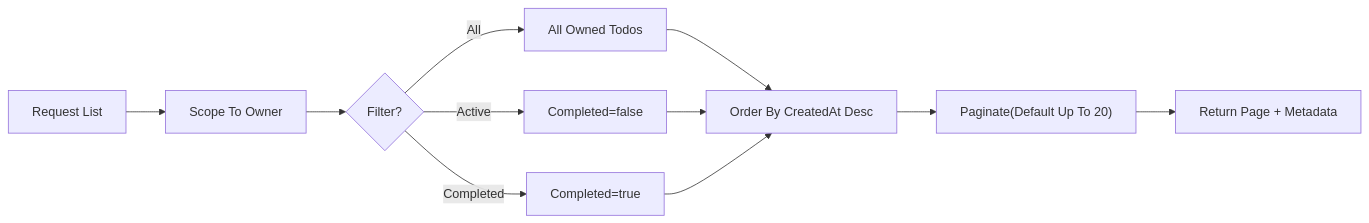
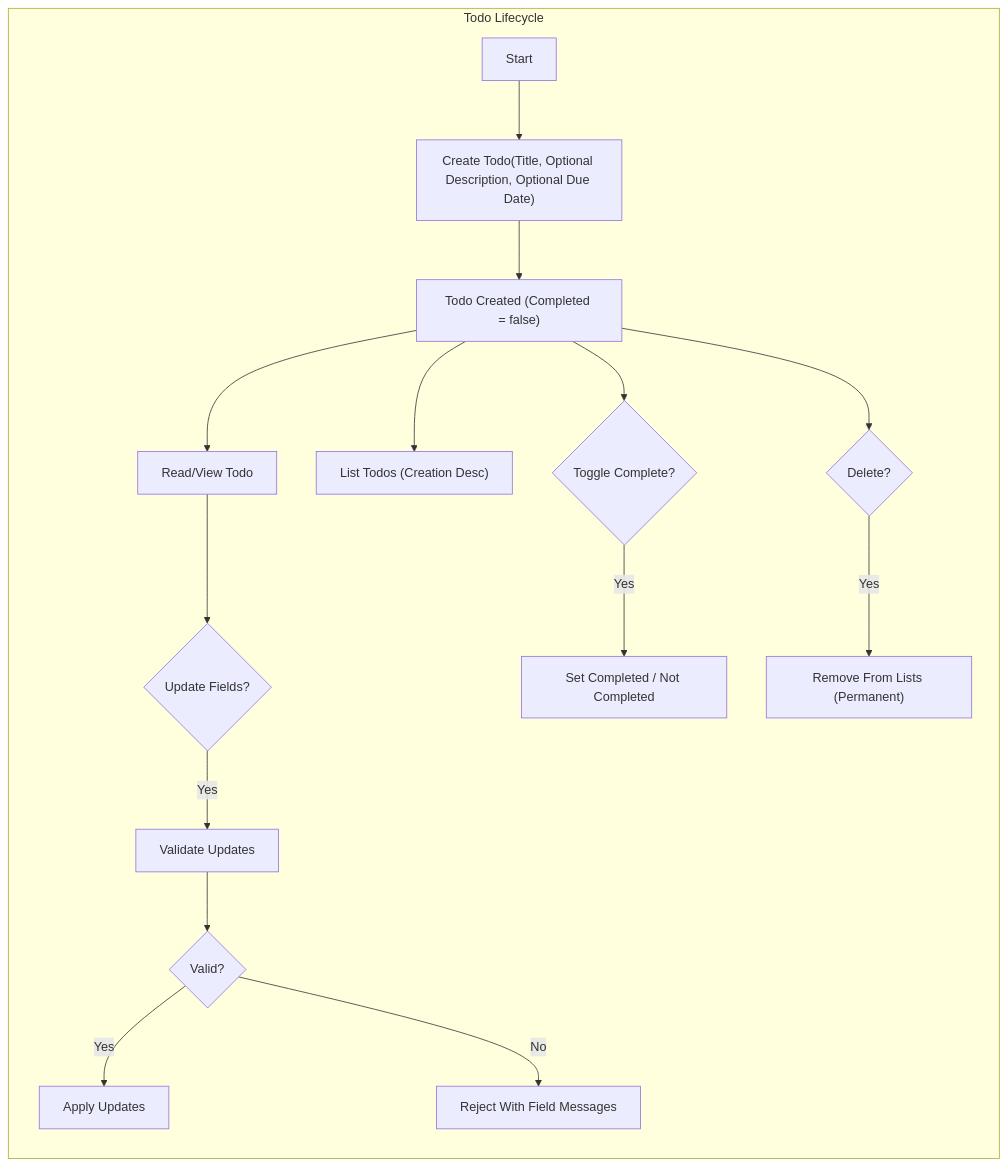
Before and after one commit to wrtnlabs/autobe-examples: the second of 2 diagrams in openai/gpt-5/todo/docs/analysis/01-service-overview.md, drawn with Mermaid. The commit also changed other lines of this file and 16146 other files, not shown here.

````diff
--- a/openai/gpt-5/todo/docs/analysis/01-service-overview.md
+++ b/openai/gpt-5/todo/docs/analysis/01-service-overview.md
@@ -74,13 +216,18 @@
 ```mermaid
 graph LR
-  L1["Request List"] --> L2["Scope To Owner"]
-  L2 --> L3{"Filter?"}
-  L3 -->|"All"| L4["All Owned Todos"]
-  L3 -->|"Active"| L5["Completed=false"]
-  L3 -->|"Completed"| L6["Completed=true"]
-  L4 --> L7["Order By CreatedAt Desc"]
-  L5 --> L7
-  L6 --> L7
-  L7 --> L8["Paginate(Default Up To 20)"]
-  L8 --> L9["Return Page + Metadata"]
+  subgraph "Todo Lifecycle"
+    A["Start"] --> B["Create Todo(Title, Optional Description, Optional Due Date)"]
+    B --> C["Todo Created (Completed = false)"]
+    C --> D["Read/View Todo"]
+    C --> E["List Todos (Creation Desc)"]
+    D --> F{"Update Fields?"}
+    F -->|"Yes"| G["Validate Updates"]
+    G --> H{"Valid?"}
+    H -->|"Yes"| I["Apply Updates"]
+    H -->|"No"| J["Reject With Field Messages"]
+    C --> K{"Toggle Complete?"}
+    K -->|"Yes"| L["Set Completed / Not Completed"]
+    C --> M{"Delete?"}
+    M -->|"Yes"| N["Remove From Lists (Permanent)"]
+  end
 ```
````
